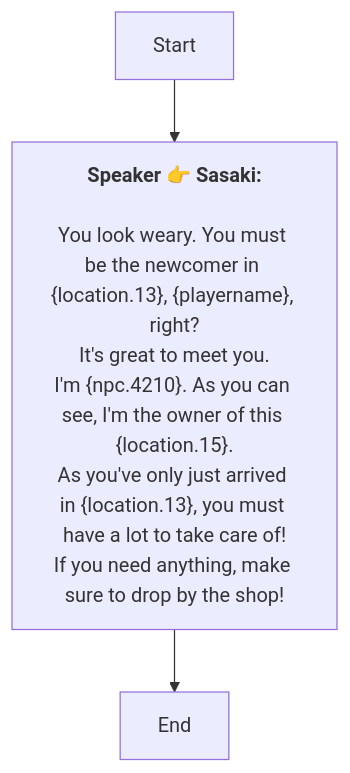
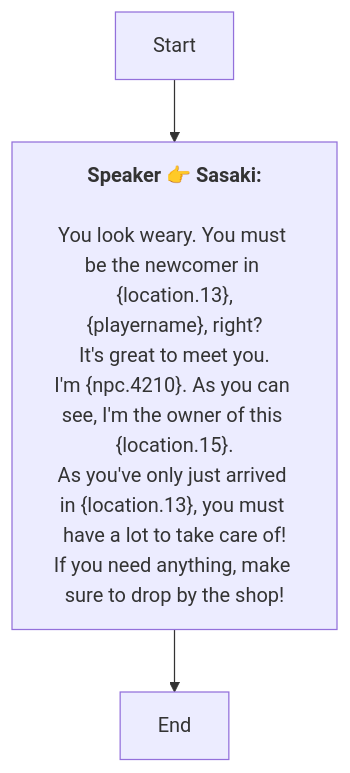
Before and after one commit to SoftHu/tos_avg: the diagram in En/AddDialogNode_1741913201187106.md, drawn with Mermaid. The commit also changed 312 other files, not shown here.

````diff
--- a/En/AddDialogNode_1741913201187106.md
+++ b/En/AddDialogNode_1741913201187106.md
@@ -1,12 +1,13 @@
 ```mermaid
 graph
 Start -->1741913256429861[<b>Speaker 👉 Sasaki:</b>
 
-You look weary. You must be the newcomer in &lbrace;location.13&rbrace;, &lbrace;playername&rbrace;, right?
+You look weary. You must be the newcomer in &lbrace;location.13&rbrace;,
+&lbrace;playername&rbrace;, right?
 It's great to meet you.
 I'm &lbrace;npc.4210&rbrace;. As you can see, I'm the owner of this &lbrace;location.15&rbrace;.
 As you've only just arrived in &lbrace;location.13&rbrace;, you must have a lot to take care of!
 If you need anything, make sure to drop by the shop!]
 1741913256429861 -->1741913522488614[End]
 
  ```
````
